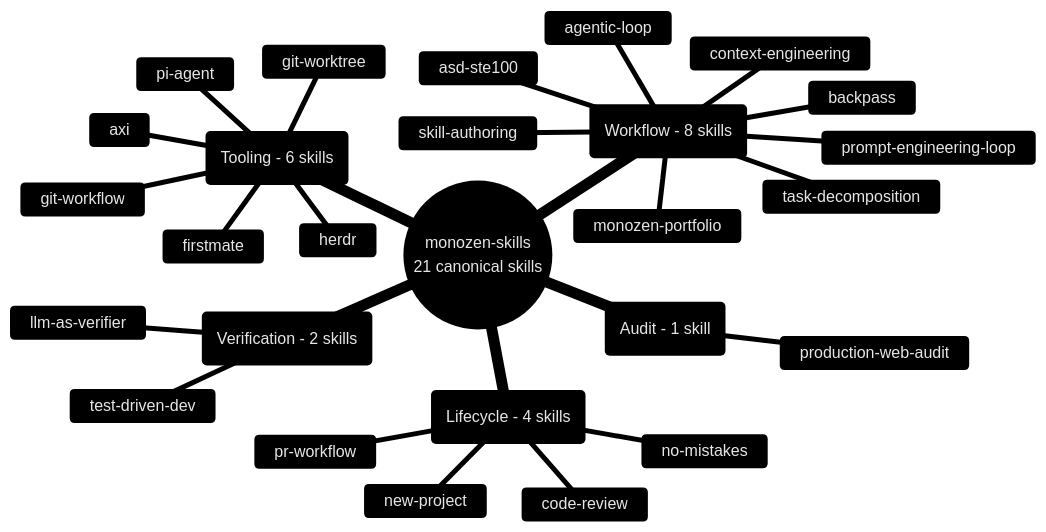
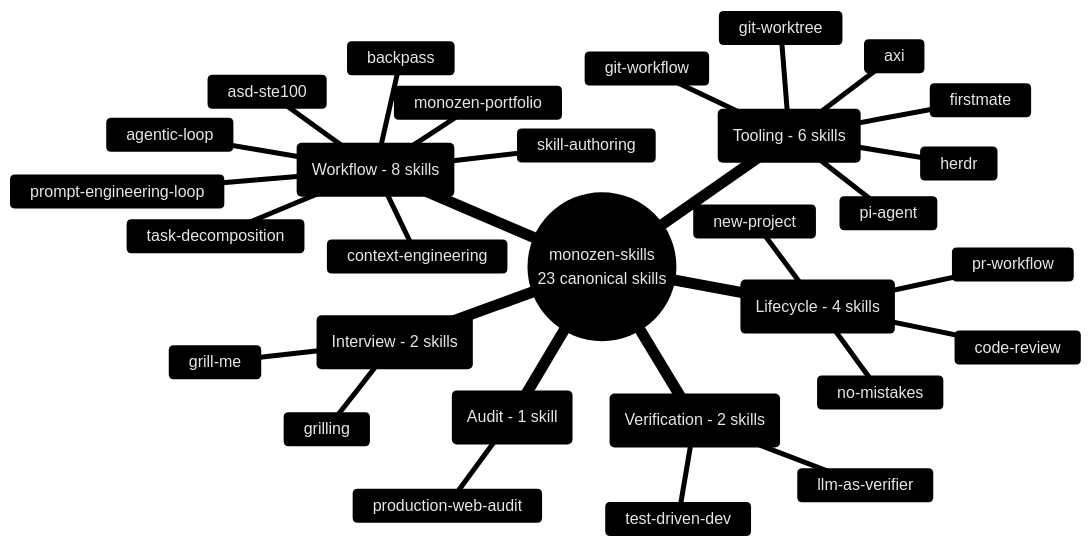
Before and after one commit to 8-BitRhyon/monozen-skills: the diagram in assets/skill-taxonomy.mmd, drawn with Mermaid. The commit also changed 6 other files, not shown here.

First line of the commit message:
feat(skills): add grill-me and grilling interview protocol

```diff
--- a/assets/skill-taxonomy.mmd
+++ b/assets/skill-taxonomy.mmd
@@ -1,30 +1,33 @@
 %%{init: {'theme': 'base', 'themeVariables': {'primaryColor': '#1a1a2e', 'primaryTextColor': '#e6e6e6', 'primaryBorderColor': '#8b7eff', 'lineColor': '#5a5a8a', 'secondaryColor': '#12132b', 'tertiaryColor': '#0b0c15', 'fontFamily': 'Inter, system-ui, sans-serif'}}}%%
 
 mindmap
-  root((monozen-skills<br/>21 canonical skills))
+  root((monozen-skills<br/>23 canonical skills))
     ::_(Lifecycle - 4 skills)
       new-project
       code-review
       pr-workflow
       no-mistakes
     ::_(Verification - 2 skills)
       test-driven-dev
       llm-as-verifier
+    ::_(Interview - 2 skills)
+      grill-me
+      grilling
     ::_(Workflow - 8 skills)
       agentic-loop
       asd-ste100
       backpass
       monozen-portfolio
       task-decomposition
       context-engineering
       prompt-engineering-loop
       skill-authoring
     ::_(Audit - 1 skill)
       production-web-audit
     ::_(Tooling - 6 skills)
       axi
       firstmate
       pi-agent
       herdr
       git-worktree
       git-workflow
```
